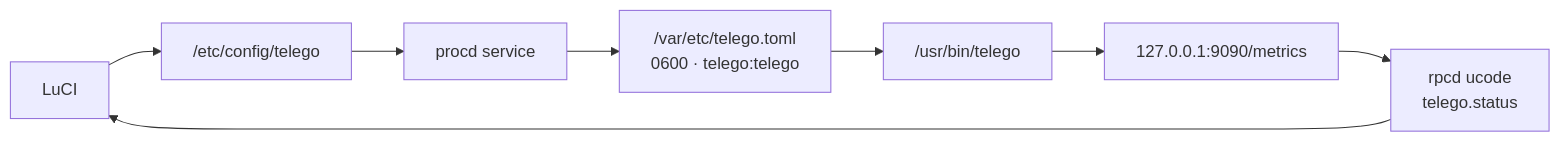
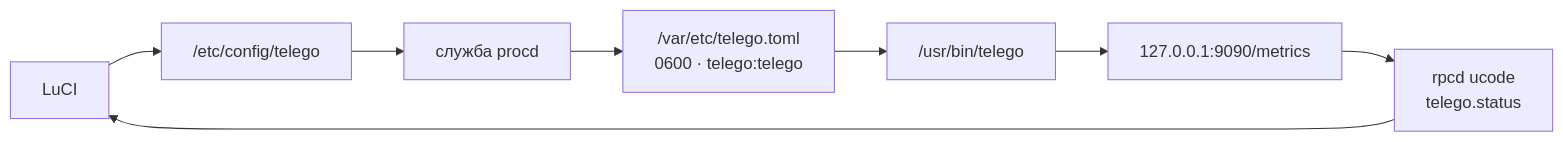
The second of 2 diagrams in README.md (Ra1nek/telEgo-openwrt), drawn with Mermaid before and after one commit. The commit also changed other lines of this file, not shown here.

````diff
--- a/README.md
+++ b/README.md
@@ -176,10 +176,10 @@
 ```mermaid
 flowchart LR
     UI["LuCI"] --> UCI["/etc/config/telego"]
-    UCI --> PROC["procd service"]
+    UCI --> PROC["служба procd"]
     PROC --> TOML["/var/etc/telego.toml<br/>0600 · telego:telego"]
     TOML --> CORE["/usr/bin/telego"]
     CORE --> MET["127.0.0.1:9090/metrics"]
     MET --> RPC["rpcd ucode<br/>telego.status"]
     RPC --> UI
 ```
````
